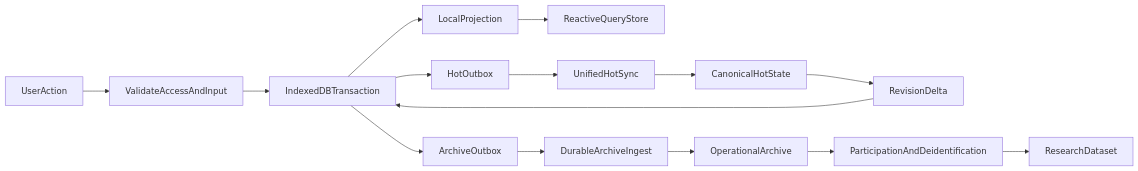
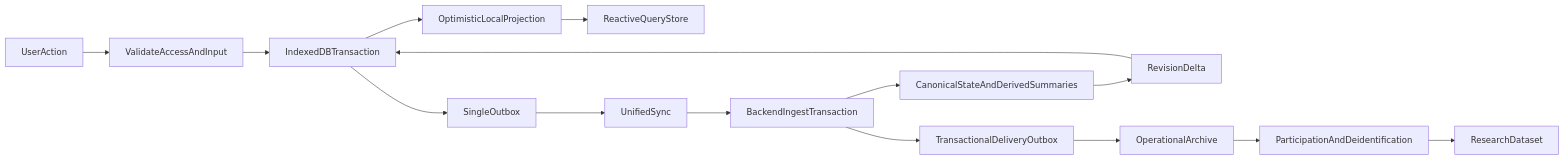
One commit to PikaPikaGems/kanji-heatmap changed the third of 3 diagrams in docs/notes/STUDY-ENGINE-BRAINSTORM/STUDY-ENGINE-DESIGN/README.md. Above: the diagram before and after it, drawn with Mermaid. The commit also changed other lines of this file and 8 other files, not shown here.

````diff
--- a/docs/notes/STUDY-ENGINE-BRAINSTORM/STUDY-ENGINE-DESIGN/README.md
+++ b/docs/notes/STUDY-ENGINE-BRAINSTORM/STUDY-ENGINE-DESIGN/README.md
@@ -264,17 +319,17 @@
 ```mermaid
 flowchart LR
     UserAction[UserAction] --> Validate[ValidateAccessAndInput]
     Validate --> LocalTx[IndexedDBTransaction]
-    LocalTx --> Projection[LocalProjection]
-    LocalTx --> HotOutbox[HotOutbox]
-    LocalTx --> ArchiveOutbox[ArchiveOutbox]
+    LocalTx --> Projection[OptimisticLocalProjection]
+    LocalTx --> Outbox[SingleOutbox]
     Projection --> QueryStore[ReactiveQueryStore]
-    HotOutbox --> HotSync[UnifiedHotSync]
-    HotSync --> Postgres[CanonicalHotState]
+    Outbox --> Sync[UnifiedSync]
+    Sync --> Ingest[BackendIngestTransaction]
+    Ingest --> Postgres[CanonicalStateAndDerivedSummaries]
+    Ingest --> Delivery[TransactionalDeliveryOutbox]
     Postgres --> PullDelta[RevisionDelta]
     PullDelta --> LocalTx
-    ArchiveOutbox --> ArchiveIngest[DurableArchiveIngest]
-    ArchiveIngest --> Operational[OperationalArchive]
+    Delivery --> Operational[OperationalArchive]
     Operational --> ResearchFilter[ParticipationAndDeidentification]
     ResearchFilter --> Research[ResearchDataset]
 ```
````
